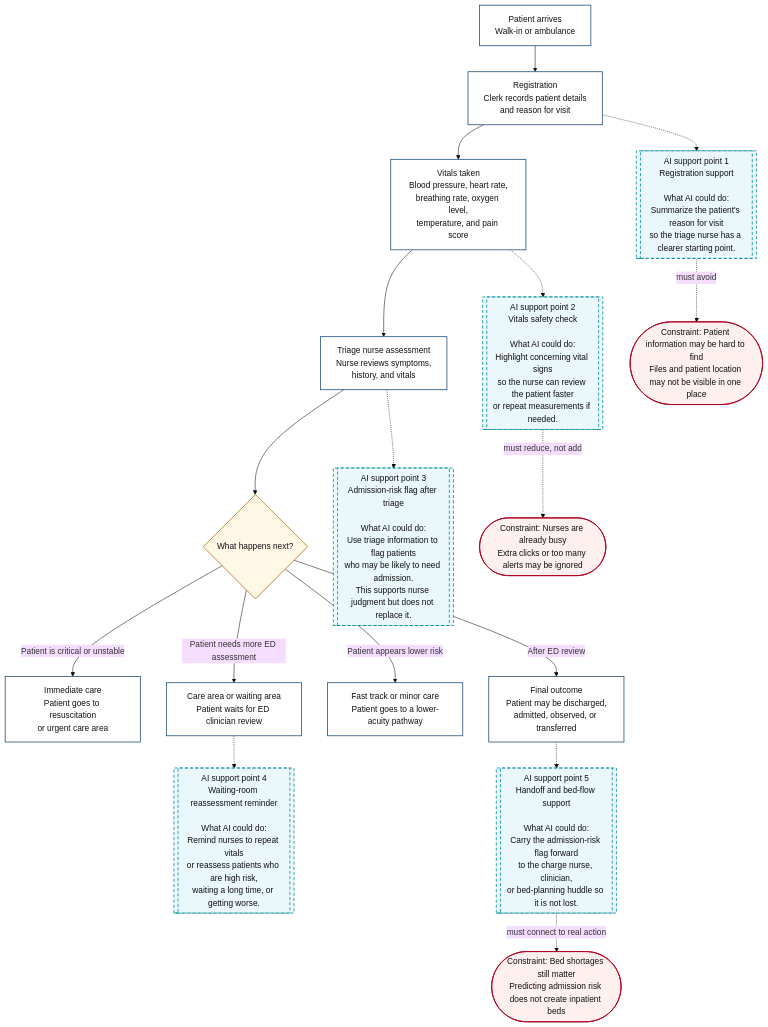
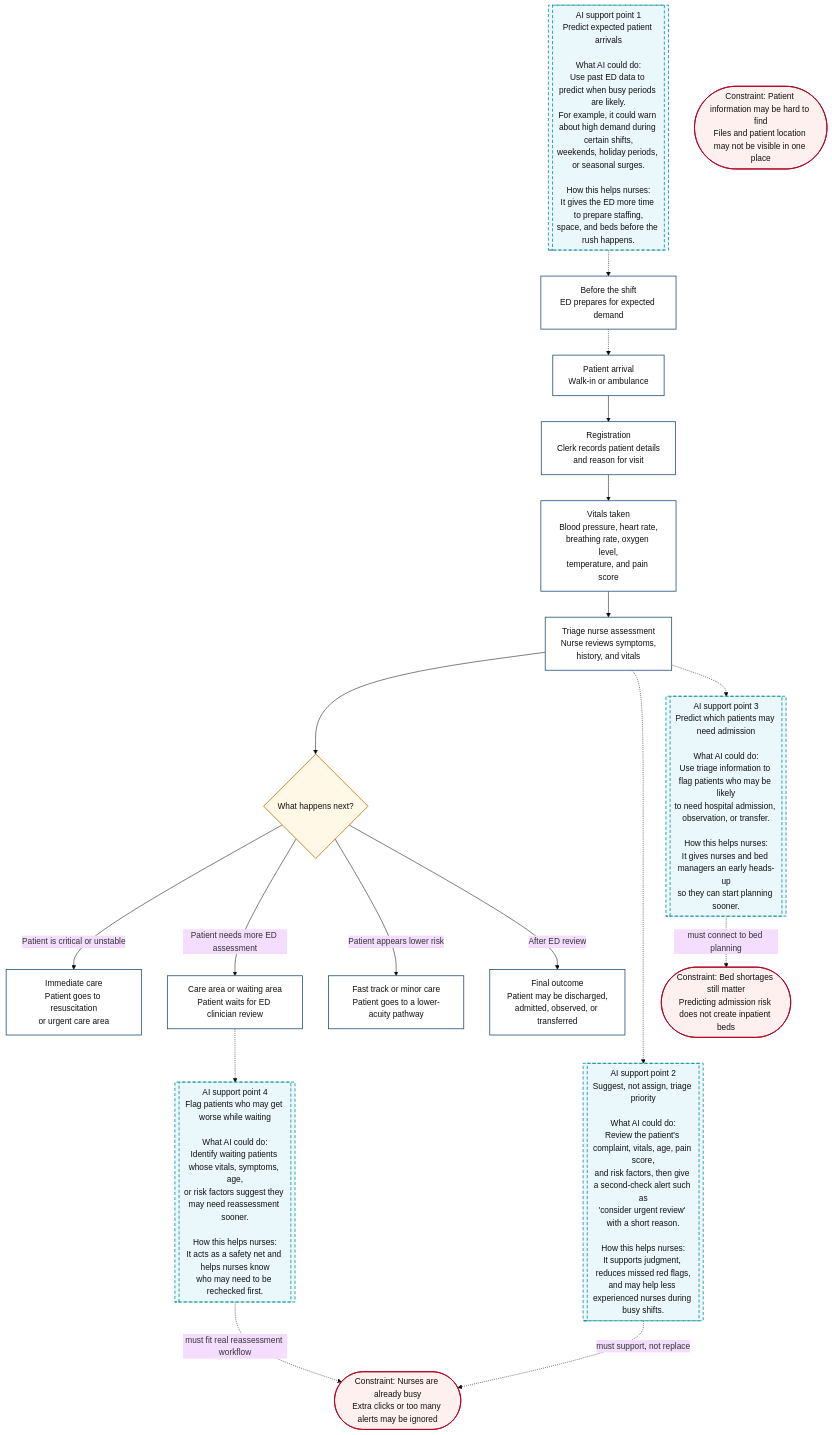
One commit to tinadams/carisurg-portfolio changed the diagram in docs/week_0_workflow.md. Above: the diagram before and after it, drawn with Mermaid (base theme). The commit also changed other lines of this file, not shown here.

````diff
--- a/docs/week_0_workflow.md
+++ b/docs/week_0_workflow.md
@@ -1,55 +1,55 @@
 ```mermaid
 flowchart TD
 
-A[Patient arrives<br/>Walk-in or ambulance] --> B[Registration<br/>Clerk records patient details<br/>and reason for visit]
+A[Patient arrival<br/>Walk-in or ambulance] --> B[Registration<br/>Clerk records patient details<br/>and reason for visit]
 
 B --> C[Vitals taken<br/>Blood pressure, heart rate,<br/>breathing rate, oxygen level,<br/>temperature, and pain score]
 
 C --> D[Triage nurse assessment<br/>Nurse reviews symptoms,<br/>history, and vitals]
 
 D --> E{What happens next?}
 
 E -->|Patient is critical or unstable| F[Immediate care<br/>Patient goes to resuscitation<br/>or urgent care area]
 
 E -->|Patient needs more ED assessment| G[Care area or waiting area<br/>Patient waits for ED clinician review]
 
 E -->|Patient appears lower risk| H[Fast track or minor care<br/>Patient goes to a lower-acuity pathway]
 
 E -->|After ED review| I[Final outcome<br/>Patient may be discharged,<br/>admitted, observed, or transferred]
 
-AI1[[AI support point 1<br/>Registration support<br/><br/>What AI could do:<br/>Summarize the patient's reason for visit<br/>so the triage nurse has a clearer starting point.]]
+AI1[[AI support point 1<br/>Predict expected patient arrivals<br/><br/>What AI could do:<br/>Use past ED data to predict when busy periods are likely.<br/>For example, it could warn about high demand during certain shifts,<br/>weekends, holiday periods, or seasonal surges.<br/><br/>How this helps nurses:<br/>It gives the ED more time to prepare staffing,<br/>space, and beds before the rush happens.]]
 
-AI2[[AI support point 2<br/>Vitals safety check<br/><br/>What AI could do:<br/>Highlight concerning vital signs<br/>so the nurse can review the patient faster<br/>or repeat measurements if needed.]]
+AI2[[AI support point 2<br/>Suggest, not assign, triage priority<br/><br/>What AI could do:<br/>Review the patient's complaint, vitals, age, pain score,<br/>and risk factors, then give a second-check alert such as<br/>'consider urgent review' with a short reason.<br/><br/>How this helps nurses:<br/>It supports judgment, reduces missed red flags,<br/>and may help less experienced nurses during busy shifts.]]
 
-AI3[[AI support point 3<br/>Admission-risk flag after triage<br/><br/>What AI could do:<br/>Use triage information to flag patients<br/>who may be likely to need admission.<br/>This supports nurse judgment but does not replace it.]]
+AI3[[AI support point 3<br/>Predict which patients may need admission<br/><br/>What AI could do:<br/>Use triage information to flag patients who may be likely<br/>to need hospital admission, observation, or transfer.<br/><br/>How this helps nurses:<br/>It gives nurses and bed managers an early heads-up<br/>so they can start planning sooner.]]
 
-AI4[[AI support point 4<br/>Waiting-room reassessment reminder<br/><br/>What AI could do:<br/>Remind nurses to repeat vitals<br/>or reassess patients who are high risk,<br/>waiting a long time, or getting worse.]]
+AI4[[AI support point 4<br/>Flag patients who may get worse while waiting<br/><br/>What AI could do:<br/>Identify waiting patients whose vitals, symptoms, age,<br/>or risk factors suggest they may need reassessment sooner.<br/><br/>How this helps nurses:<br/>It acts as a safety net and helps nurses know<br/>who may need to be rechecked first.]]
 
-AI5[[AI support point 5<br/>Handoff and bed-flow support<br/><br/>What AI could do:<br/>Carry the admission-risk flag forward<br/>to the charge nurse, clinician,<br/>or bed-planning huddle so it is not lost.]]
+PRE[Before the shift<br/>ED prepares for expected demand]
 
-B -.-> AI1
-C -.-> AI2
+AI1 -.-> PRE
+PRE -.-> A
+D -.-> AI2
 D -.-> AI3
 G -.-> AI4
-I -.-> AI5
 
 C1([Constraint: Patient information may be hard to find<br/>Files and patient location may not be visible in one place])
 
 C2([Constraint: Nurses are already busy<br/>Extra clicks or too many alerts may be ignored])
 
 C3([Constraint: Bed shortages still matter<br/>Predicting admission risk does not create inpatient beds])
 
-AI1 -. must avoid .-> C1
-AI2 -. must reduce, not add .-> C2
-AI5 -. must connect to real action .-> C3
+AI2 -. must support, not replace .-> C2
+AI3 -. must connect to bed planning .-> C3
+AI4 -. must fit real reassessment workflow .-> C2
 
 classDef process fill:#ffffff,stroke:#1f4e79,stroke-width:1.5px,color:#111;
 classDef decision fill:#fff8e6,stroke:#b36b00,stroke-width:1.5px,color:#111;
 classDef ai fill:#eaf7fb,stroke:#008c99,stroke-width:1.5px,stroke-dasharray: 6 4,color:#111;
 classDef constraint fill:#fff0f0,stroke:#b00020,stroke-width:1.5px,color:#111;
 
-class A,B,C,D,F,G,H,I process;
+class A,B,C,D,F,G,H,I,PRE process;
 class E decision;
-class AI1,AI2,AI3,AI4,AI5 ai;
+class AI1,AI2,AI3,AI4 ai;
 class C1,C2,C3 constraint;
 ```
````
